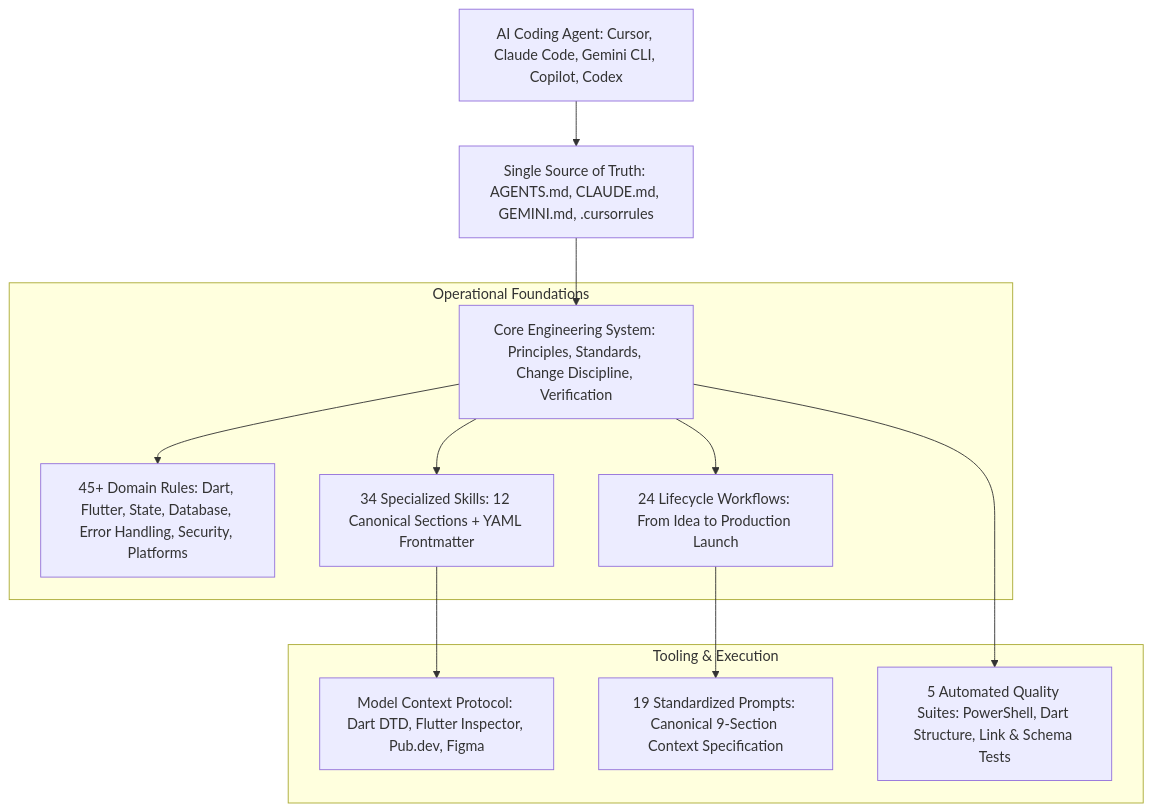
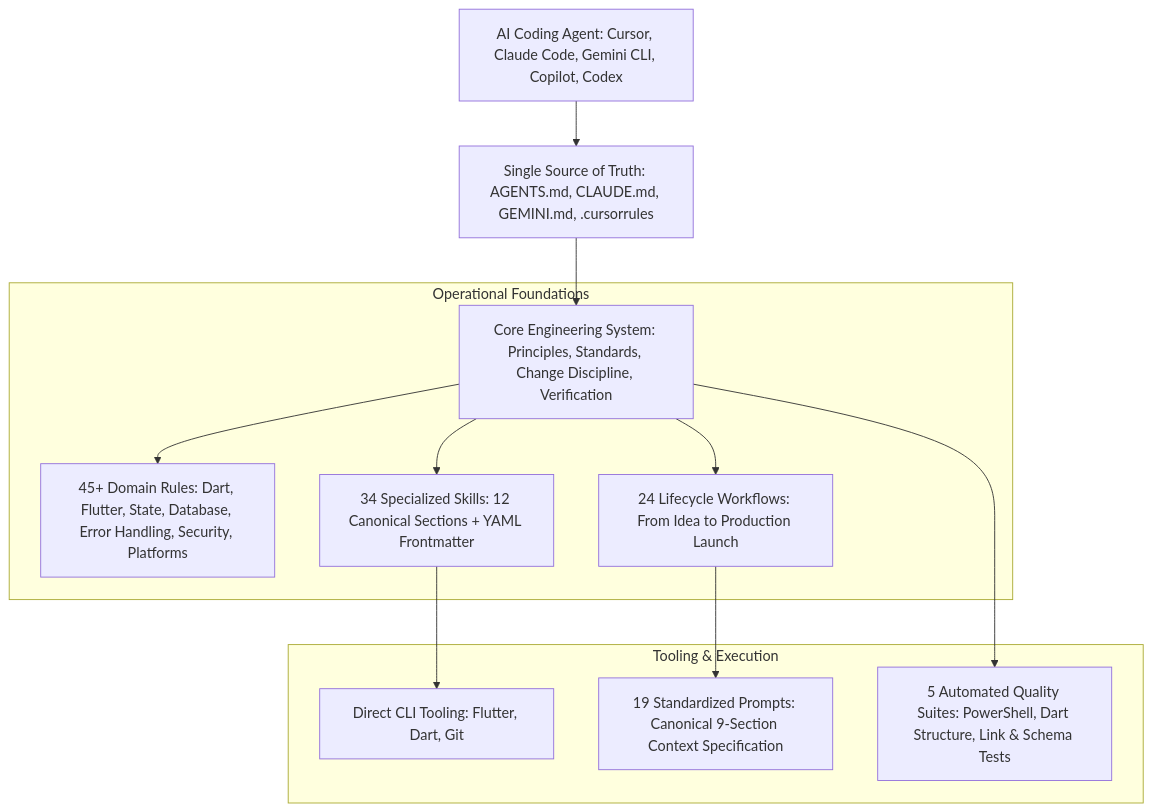
Before and after one commit to valaprashant97/flutter-agent-kit: the diagram in README.md, drawn with Mermaid. The commit also changed 19 other files, not shown here.

Commit message:
chore: remove MCP integration and exclude testing files from git repository

````diff
--- a/README.md
+++ b/README.md
@@ -33,17 +33,17 @@
 ```mermaid
 graph TD
     Agent[AI Coding Agent: Cursor, Claude Code, Gemini CLI, Copilot, Codex] --> Entry[Single Source of Truth: AGENTS.md, CLAUDE.md, GEMINI.md, .cursorrules]
     Entry --> Core[Core Engineering System: Principles, Standards, Change Discipline, Verification]
     
     subgraph Operational Foundations
         Core --> Rules[45+ Domain Rules: Dart, Flutter, State, Database, Error Handling, Security, Platforms]
         Core --> Skills[34 Specialized Skills: 12 Canonical Sections + YAML Frontmatter]
         Core --> Workflows[24 Lifecycle Workflows: From Idea to Production Launch]
     end
     
     subgraph Tooling & Execution
-        Skills --> MCP[Model Context Protocol: Dart DTD, Flutter Inspector, Pub.dev, Figma]
+        Skills --> CLI[Direct CLI Tooling: Flutter, Dart, Git]
         Workflows --> Prompts[19 Standardized Prompts: Canonical 9-Section Context Specification]
         Core --> Validation[5 Automated Quality Suites: PowerShell, Dart Structure, Link & Schema Tests]
     end
 ```
````
